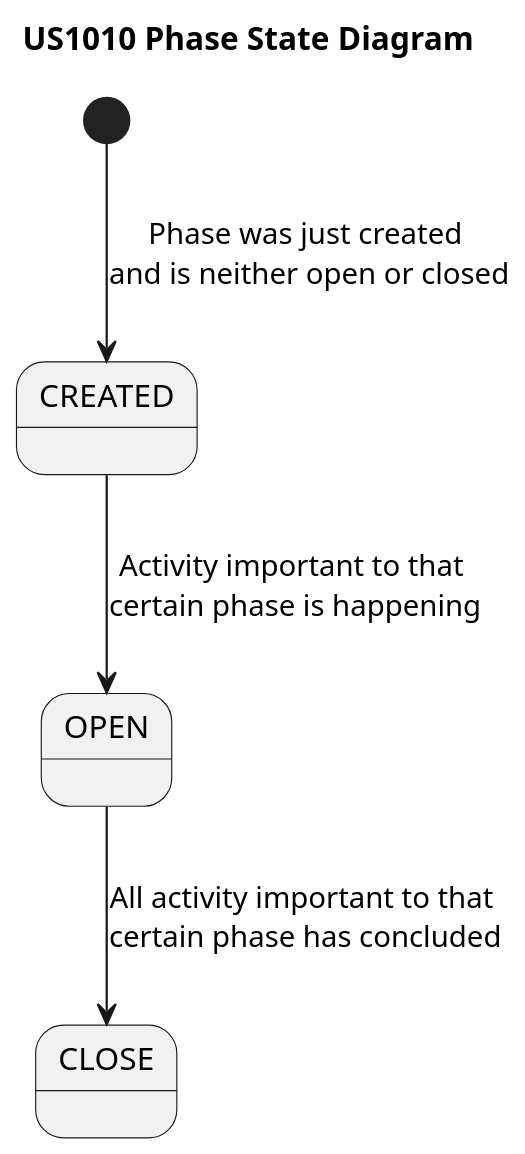
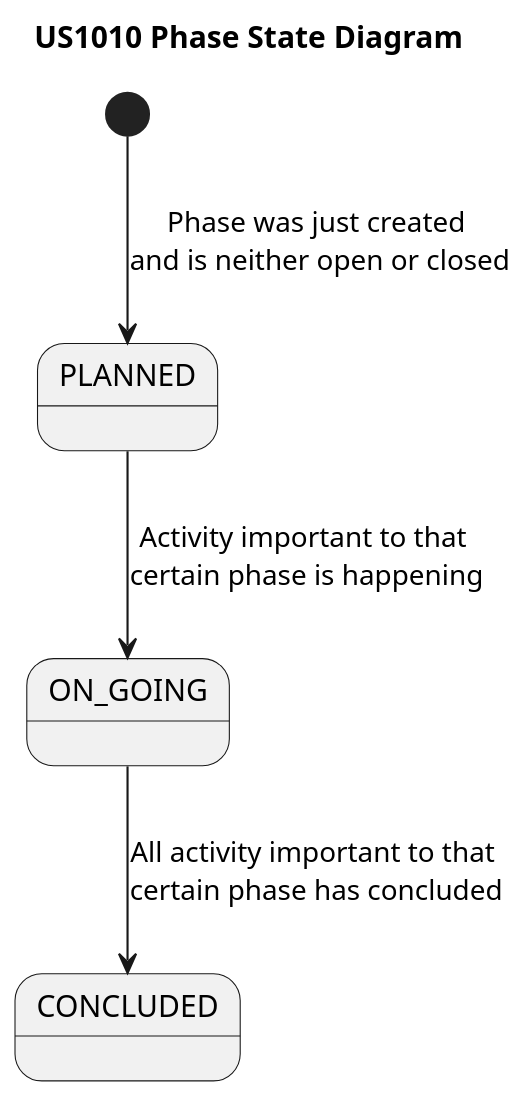
One commit to rita-barbosa/LAPR4-2324 changed the diagram in docs/sprint-c/us_1010/State Diagram/US1010_State_Diagram.puml. Above: the diagram before and after it, drawn with PlantUML. The commit also changed 2 other files, not shown here.

Commit message:
docs: Updated the state diagram that explains the life cycle of a Phase object.
[#129]

```diff
--- a/docs/sprint-c/us_1010/State Diagram/US1010_State_Diagram.puml
+++ b/docs/sprint-c/us_1010/State Diagram/US1010_State_Diagram.puml
@@ -1,21 +1,21 @@
 @startuml US1010_Phase_State_Diagram
 'https://plantuml.com/state-diagram
 
 title US1010 Phase State Diagram
 
 scale 350 width
 
-state CREATED {
+state PLANNED {
 }
 
-state OPEN {
+state ON_GOING {
 }
 
-state CLOSE {
+state CONCLUDED {
 }
 
-[*] --> CREATED : Phase was just created \nand is neither open or closed
-CREATED --> OPEN : Activity important to that \ncertain phase is happening
-OPEN --> CLOSE : All activity important to that \ncertain phase has concluded
+[*] --> PLANNED : Phase was just created \nand is neither open or closed
+PLANNED --> ON_GOING : Activity important to that \ncertain phase is happening
+ON_GOING --> CONCLUDED : All activity important to that \ncertain phase has concluded
 
 @enduml
```
